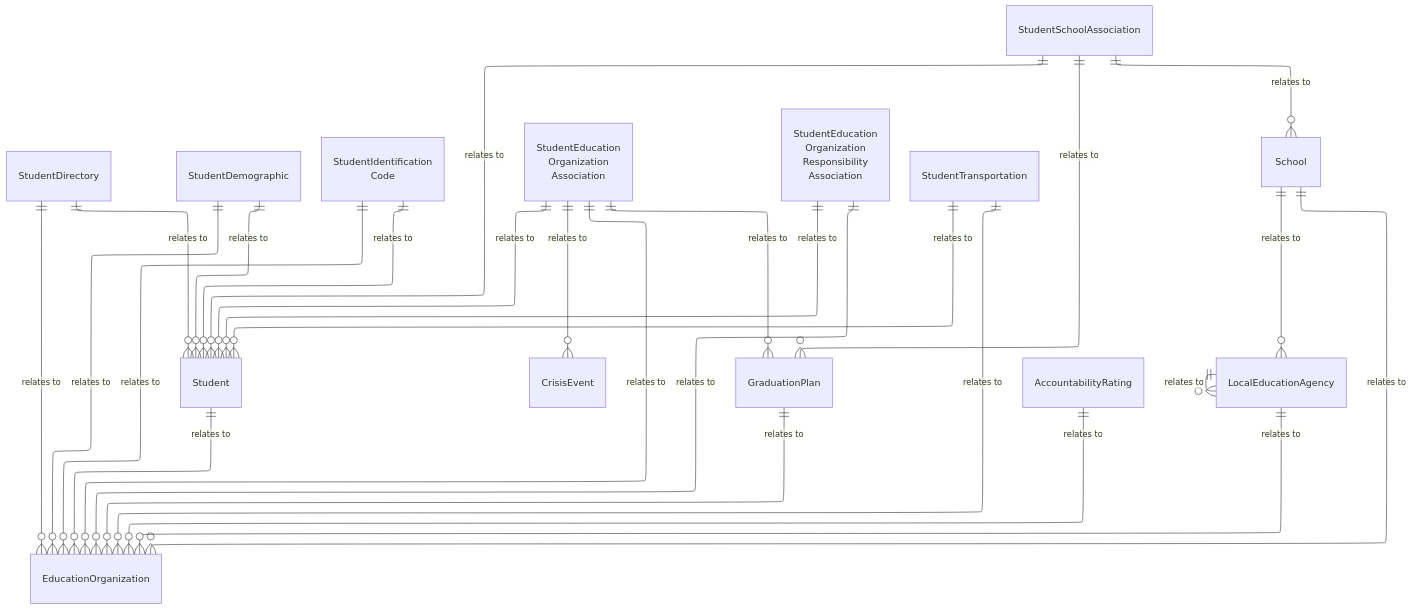
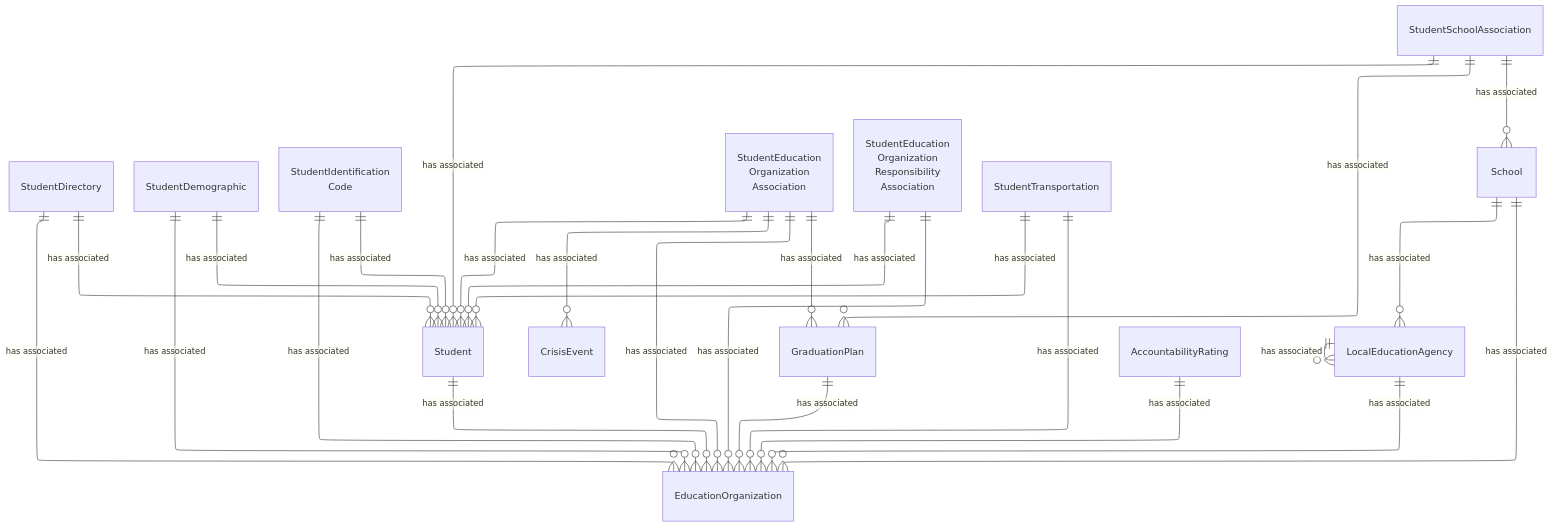
Before and after one commit to Ed-Fi-Alliance-OSS/ed-fi-alliance-oss.github.io: the diagram in dataStandard_versioned_docs/version-6/model-reference/enrollment-domain/model-diagrams.md, drawn with Mermaid. The commit also changed 24 other files, not shown here.

````diff
--- a/dataStandard_versioned_docs/version-6/model-reference/enrollment-domain/model-diagrams.md
+++ b/dataStandard_versioned_docs/version-6/model-reference/enrollment-domain/model-diagrams.md
@@ -10,59 +10,59 @@
 ```mermaid
 ---
 config:
   layout: elk
 ---
 erDiagram
     Student {
     }
     StudentDirectory {
     }
     StudentDemographic {
     }
     StudentIdentificationCode["StudentIdentification<br/>Code"] {
     }
     StudentSchoolAssociation {
     }
     StudentEducationOrganizationAssociation["StudentEducation<br/>Organization<br/>Association"] {
     }
     StudentEducationOrganizationResponsibilityAssociation["StudentEducation<br/>Organization<br/>Responsibility<br/>Association<br/>"] {
     }
     GraduationPlan {
     }
     CrisisEvent {
     }
     StudentTransportation {
     }
     AccountabilityRating {
     }
     EducationOrganization {
     }
     LocalEducationAgency {
     }
     School {
     }
-    StudentDirectory ||--o{ Student : "relates to"
-    StudentDirectory ||--o{ EducationOrganization : "relates to"
-    StudentDemographic ||--o{ Student : "relates to"
-    StudentDemographic ||--o{ EducationOrganization : "relates to"
-    StudentIdentificationCode ||--o{ Student : "relates to"
-    StudentIdentificationCode ||--o{ EducationOrganization : "relates to"
-    Student ||--o{ EducationOrganization : "relates to"
-    StudentSchoolAssociation ||--o{ Student : "relates to"
-    StudentSchoolAssociation ||--o{ School : "relates to"
-    StudentSchoolAssociation ||--o{ GraduationPlan : "relates to"
-    StudentEducationOrganizationAssociation ||--o{ Student : "relates to"
-    StudentEducationOrganizationAssociation ||--o{ EducationOrganization : "relates to"
-    StudentEducationOrganizationAssociation ||--o{ CrisisEvent : "relates to"
-    StudentEducationOrganizationAssociation ||--o{ GraduationPlan : "relates to"
-    StudentEducationOrganizationResponsibilityAssociation ||--o{ Student : "relates to"
-    StudentEducationOrganizationResponsibilityAssociation ||--o{ EducationOrganization : "relates to"
-    StudentTransportation ||--o{ Student : "relates to"
-    StudentTransportation ||--o{ EducationOrganization : "relates to"
-    GraduationPlan ||--o{ EducationOrganization : "relates to"
-    AccountabilityRating ||--o{ EducationOrganization : "relates to"
-    School ||--o{ EducationOrganization : "relates to"
-    School ||--o{ LocalEducationAgency : "relates to"
-    LocalEducationAgency ||--o{ EducationOrganization : "relates to"
-    LocalEducationAgency ||--o{ LocalEducationAgency : "relates to"
+    StudentDirectory ||--o{ Student : "has associated"
+    StudentDirectory ||--o{ EducationOrganization : "has associated"
+    StudentDemographic ||--o{ Student : "has associated"
+    StudentDemographic ||--o{ EducationOrganization : "has associated"
+    StudentIdentificationCode ||--o{ Student : "has associated"
+    StudentIdentificationCode ||--o{ EducationOrganization : "has associated"
+    Student ||--o{ EducationOrganization : "has associated"
+    StudentSchoolAssociation ||--o{ Student : "has associated"
+    StudentSchoolAssociation ||--o{ School : "has associated"
+    StudentSchoolAssociation ||--o{ GraduationPlan : "has associated"
+    StudentEducationOrganizationAssociation ||--o{ Student : "has associated"
+    StudentEducationOrganizationAssociation ||--o{ EducationOrganization : "has associated"
+    StudentEducationOrganizationAssociation ||--o{ CrisisEvent : "has associated"
+    StudentEducationOrganizationAssociation ||--o{ GraduationPlan : "has associated"
+    StudentEducationOrganizationResponsibilityAssociation ||--o{ Student : "has associated"
+    StudentEducationOrganizationResponsibilityAssociation ||--o{ EducationOrganization : "has associated"
+    StudentTransportation ||--o{ Student : "has associated"
+    StudentTransportation ||--o{ EducationOrganization : "has associated"
+    GraduationPlan ||--o{ EducationOrganization : "has associated"
+    AccountabilityRating ||--o{ EducationOrganization : "has associated"
+    School ||--o{ EducationOrganization : "has associated"
+    School ||--o{ LocalEducationAgency : "has associated"
+    LocalEducationAgency ||--o{ EducationOrganization : "has associated"
+    LocalEducationAgency ||--o{ LocalEducationAgency : "has associated"
 ```
````
